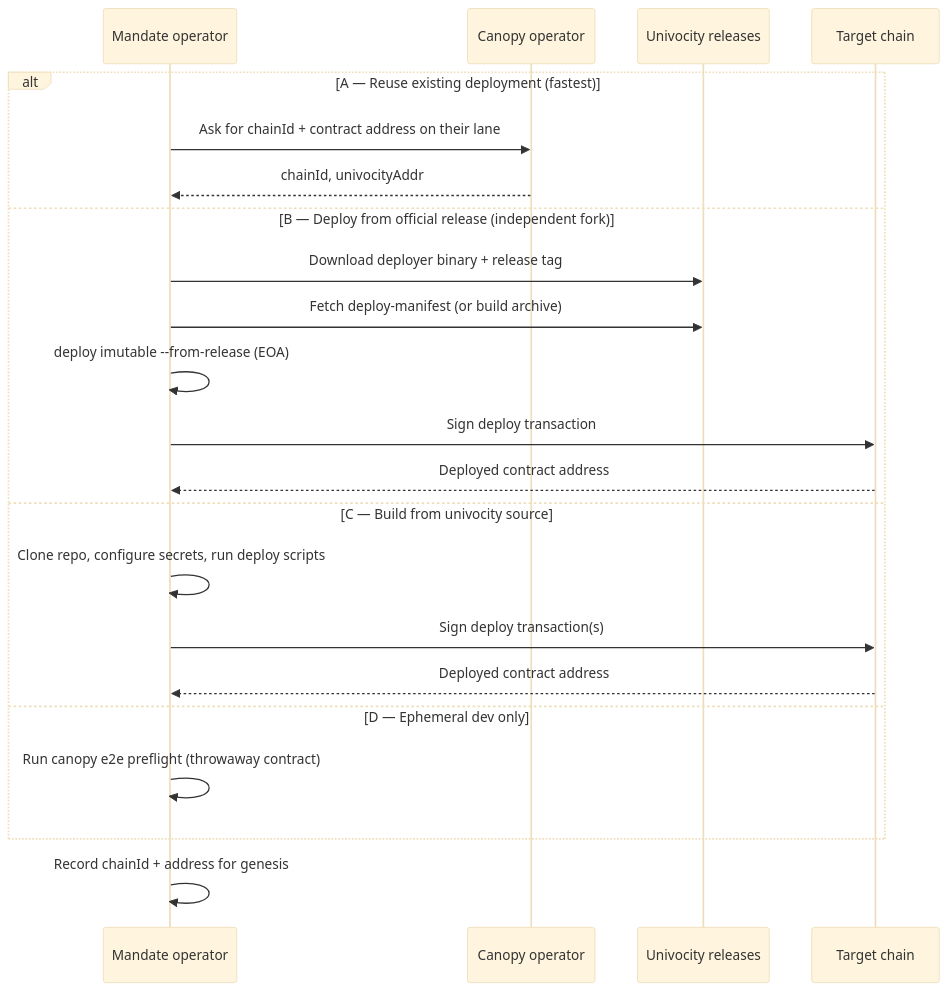
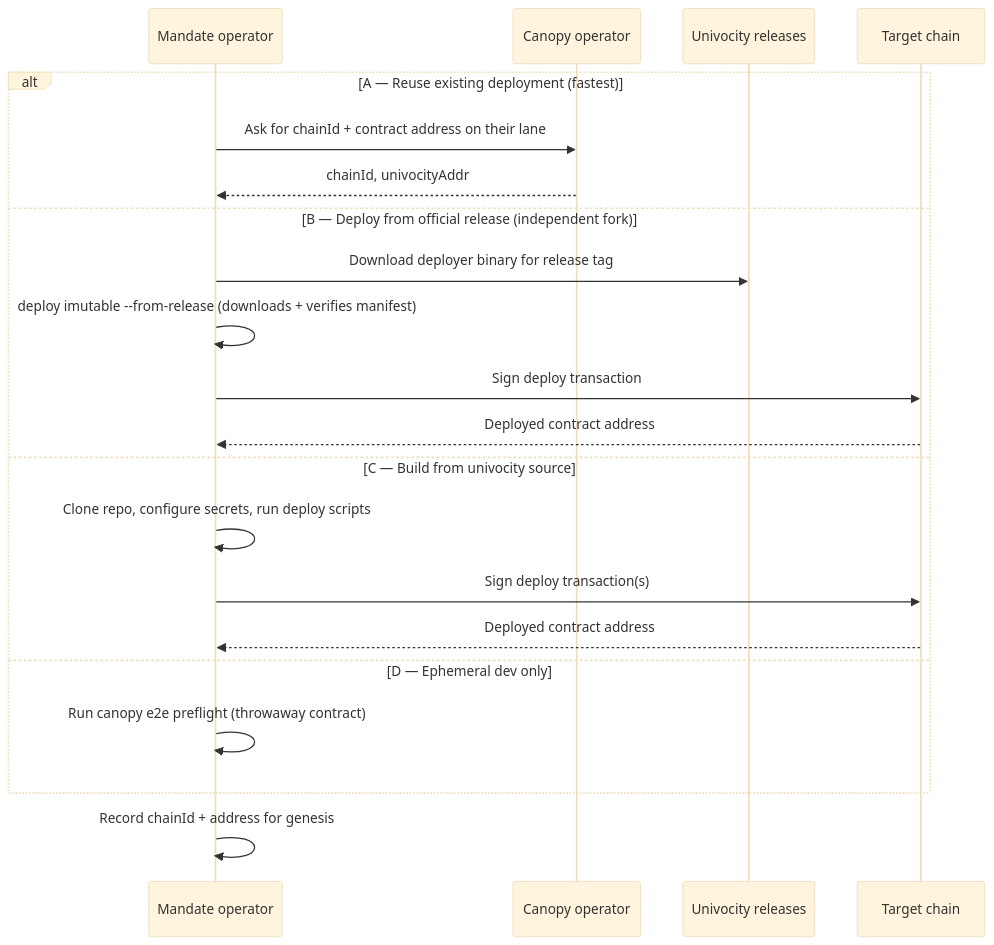
The second of 8 diagrams in FORKING.md (forestrie/mandate), drawn with Mermaid (base theme) before and after one commit. The commit also changed other lines of this file, not shown here.

First line of the commit message:
docs: clarify foundry-free manifest trust in FORKING.md

````diff
--- a/FORKING.md
+++ b/FORKING.md
@@ -76,25 +76,24 @@
 ```mermaid
 sequenceDiagram
     participant M as Mandate operator
     participant C as Canopy operator
     participant Rel as Univocity releases
     participant Chain as Target chain
 
     alt A — Reuse existing deployment (fastest)
         M->>C: Ask for chainId + contract address on their lane
         C-->>M: chainId, univocityAddr
     else B — Deploy from official release (independent fork)
-        M->>Rel: Download deployer binary + release tag
-        M->>Rel: Fetch deploy-manifest (or build archive)
-        M->>M: deploy imutable --from-release (EOA)
+        M->>Rel: Download deployer binary for release tag
+        M->>M: deploy imutable --from-release (downloads + verifies manifest)
         M->>Chain: Sign deploy transaction
         Chain-->>M: Deployed contract address
     else C — Build from univocity source
         M->>M: Clone repo, configure secrets, run deploy scripts
         M->>Chain: Sign deploy transaction(s)
         Chain-->>M: Deployed contract address
     else D — Ephemeral dev only
         M->>M: Run canopy e2e preflight (throwaway contract)
     end
     M->>M: Record chainId + address for genesis
 ```
````
